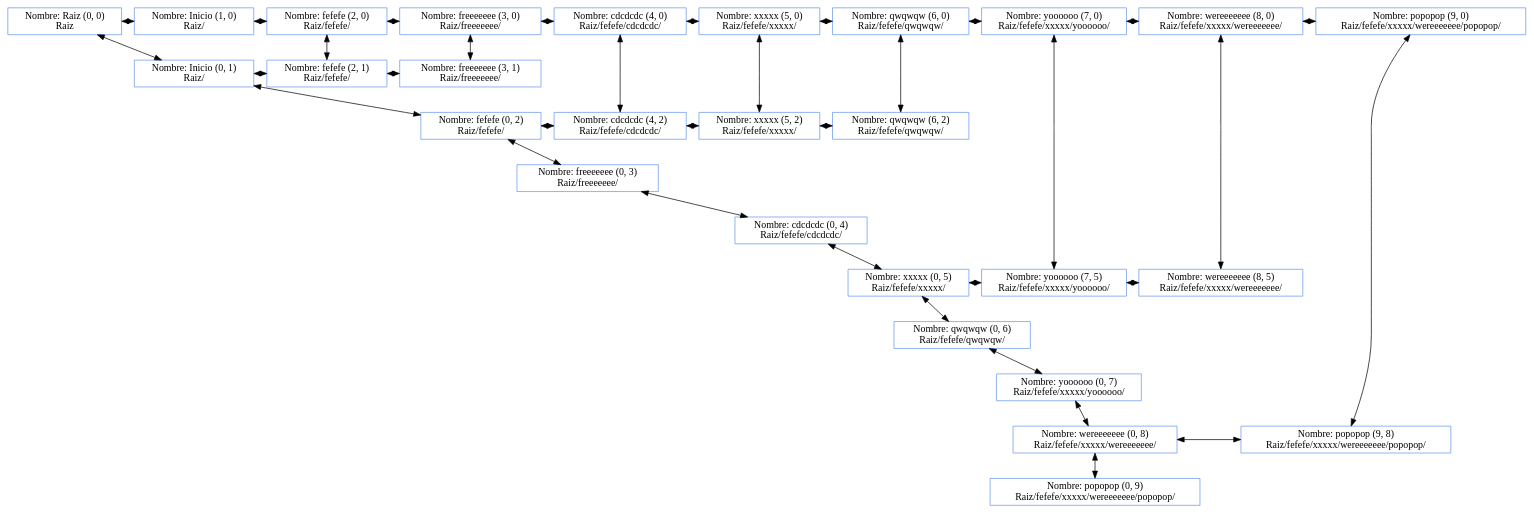
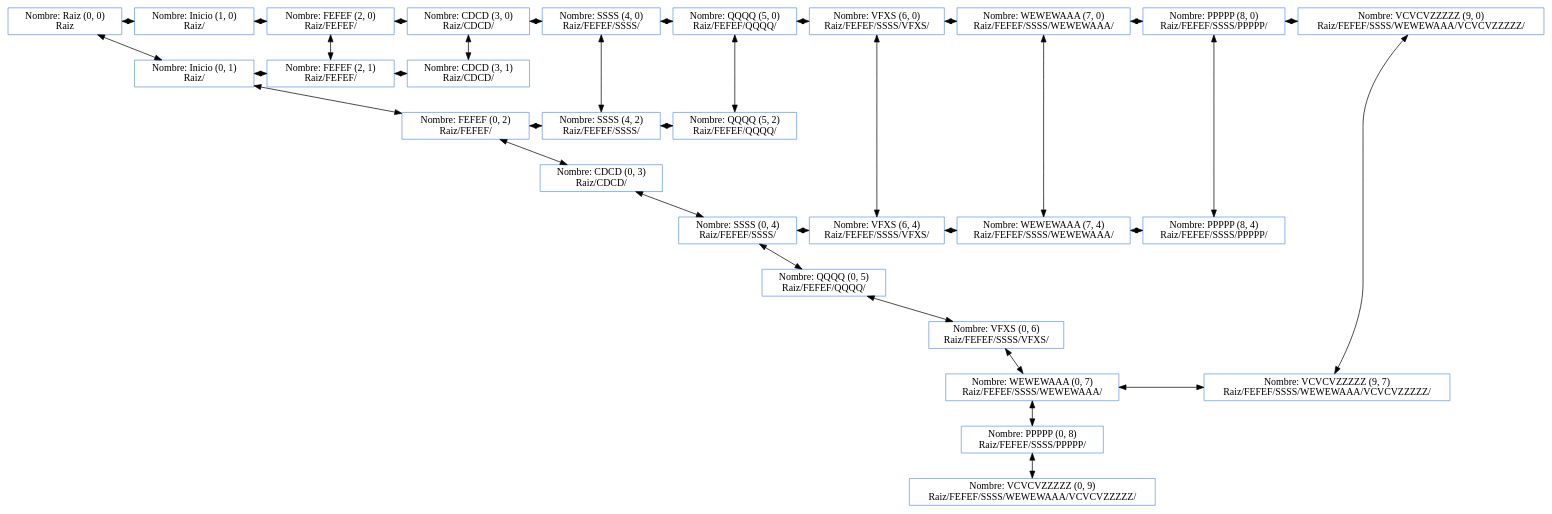
The diagram in Matriz.dot (fraced97/EDD_2S2019_PY2_201700350), drawn with Graphviz before and after one commit. The commit also changed 12 other files, not shown here.

```diff
--- a/Matriz.dot
+++ b/Matriz.dot
@@ -1,140 +1,140 @@
 digraph G {
 
 node [shape=box, color=cornflowerblue ];
 "Nombre: Raiz (0, 0) 
 Raiz"->"Nombre: Inicio (0, 1) 
 Raiz/"[dir=both];
 "Nombre: Inicio (0, 1) 
-Raiz/"->"Nombre: fefefe (0, 2) 
-Raiz/fefefe/"[dir=both];
-"Nombre: fefefe (0, 2) 
-Raiz/fefefe/"->"Nombre: freeeeeee (0, 3) 
-Raiz/freeeeeee/"[dir=both];
-"Nombre: freeeeeee (0, 3) 
-Raiz/freeeeeee/"->"Nombre: cdcdcdc (0, 4) 
-Raiz/fefefe/cdcdcdc/"[dir=both];
-"Nombre: cdcdcdc (0, 4) 
-Raiz/fefefe/cdcdcdc/"->"Nombre: xxxxx (0, 5) 
-Raiz/fefefe/xxxxx/"[dir=both];
-"Nombre: xxxxx (0, 5) 
-Raiz/fefefe/xxxxx/"->"Nombre: qwqwqw (0, 6) 
-Raiz/fefefe/qwqwqw/"[dir=both];
-"Nombre: qwqwqw (0, 6) 
-Raiz/fefefe/qwqwqw/"->"Nombre: yoooooo (0, 7) 
-Raiz/fefefe/xxxxx/yoooooo/"[dir=both];
-"Nombre: yoooooo (0, 7) 
-Raiz/fefefe/xxxxx/yoooooo/"->"Nombre: wereeeeeee (0, 8) 
-Raiz/fefefe/xxxxx/wereeeeeee/"[dir=both];
-"Nombre: wereeeeeee (0, 8) 
-Raiz/fefefe/xxxxx/wereeeeeee/"->"Nombre: popopop (0, 9) 
-Raiz/fefefe/xxxxx/wereeeeeee/popopop/"[dir=both];
-"Nombre: fefefe (2, 0) 
-Raiz/fefefe/"->"Nombre: fefefe (2, 1) 
-Raiz/fefefe/"[dir=both];
-"Nombre: freeeeeee (3, 0) 
-Raiz/freeeeeee/"->"Nombre: freeeeeee (3, 1) 
-Raiz/freeeeeee/"[dir=both];
-"Nombre: cdcdcdc (4, 0) 
-Raiz/fefefe/cdcdcdc/"->"Nombre: cdcdcdc (4, 2) 
-Raiz/fefefe/cdcdcdc/"[dir=both];
-"Nombre: xxxxx (5, 0) 
-Raiz/fefefe/xxxxx/"->"Nombre: xxxxx (5, 2) 
-Raiz/fefefe/xxxxx/"[dir=both];
-"Nombre: qwqwqw (6, 0) 
-Raiz/fefefe/qwqwqw/"->"Nombre: qwqwqw (6, 2) 
-Raiz/fefefe/qwqwqw/"[dir=both];
-"Nombre: yoooooo (7, 0) 
-Raiz/fefefe/xxxxx/yoooooo/"->"Nombre: yoooooo (7, 5) 
-Raiz/fefefe/xxxxx/yoooooo/"[dir=both];
-"Nombre: wereeeeeee (8, 0) 
-Raiz/fefefe/xxxxx/wereeeeeee/"->"Nombre: wereeeeeee (8, 5) 
-Raiz/fefefe/xxxxx/wereeeeeee/"[dir=both];
-"Nombre: popopop (9, 0) 
-Raiz/fefefe/xxxxx/wereeeeeee/popopop/"->"Nombre: popopop (9, 8) 
-Raiz/fefefe/xxxxx/wereeeeeee/popopop/"[dir=both];
+Raiz/"->"Nombre: FEFEF (0, 2) 
+Raiz/FEFEF/"[dir=both];
+"Nombre: FEFEF (0, 2) 
+Raiz/FEFEF/"->"Nombre: CDCD (0, 3) 
+Raiz/CDCD/"[dir=both];
+"Nombre: CDCD (0, 3) 
+Raiz/CDCD/"->"Nombre: SSSS (0, 4) 
+Raiz/FEFEF/SSSS/"[dir=both];
+"Nombre: SSSS (0, 4) 
+Raiz/FEFEF/SSSS/"->"Nombre: QQQQ (0, 5) 
+Raiz/FEFEF/QQQQ/"[dir=both];
+"Nombre: QQQQ (0, 5) 
+Raiz/FEFEF/QQQQ/"->"Nombre: VFXS (0, 6) 
+Raiz/FEFEF/SSSS/VFXS/"[dir=both];
+"Nombre: VFXS (0, 6) 
+Raiz/FEFEF/SSSS/VFXS/"->"Nombre: WEWEWAAA (0, 7) 
+Raiz/FEFEF/SSSS/WEWEWAAA/"[dir=both];
+"Nombre: WEWEWAAA (0, 7) 
+Raiz/FEFEF/SSSS/WEWEWAAA/"->"Nombre: PPPPP (0, 8) 
+Raiz/FEFEF/SSSS/PPPPP/"[dir=both];
+"Nombre: PPPPP (0, 8) 
+Raiz/FEFEF/SSSS/PPPPP/"->"Nombre: VCVCVZZZZZ (0, 9) 
+Raiz/FEFEF/SSSS/WEWEWAAA/VCVCVZZZZZ/"[dir=both];
+"Nombre: FEFEF (2, 0) 
+Raiz/FEFEF/"->"Nombre: FEFEF (2, 1) 
+Raiz/FEFEF/"[dir=both];
+"Nombre: CDCD (3, 0) 
+Raiz/CDCD/"->"Nombre: CDCD (3, 1) 
+Raiz/CDCD/"[dir=both];
+"Nombre: SSSS (4, 0) 
+Raiz/FEFEF/SSSS/"->"Nombre: SSSS (4, 2) 
+Raiz/FEFEF/SSSS/"[dir=both];
+"Nombre: QQQQ (5, 0) 
+Raiz/FEFEF/QQQQ/"->"Nombre: QQQQ (5, 2) 
+Raiz/FEFEF/QQQQ/"[dir=both];
+"Nombre: VFXS (6, 0) 
+Raiz/FEFEF/SSSS/VFXS/"->"Nombre: VFXS (6, 4) 
+Raiz/FEFEF/SSSS/VFXS/"[dir=both];
+"Nombre: WEWEWAAA (7, 0) 
+Raiz/FEFEF/SSSS/WEWEWAAA/"->"Nombre: WEWEWAAA (7, 4) 
+Raiz/FEFEF/SSSS/WEWEWAAA/"[dir=both];
+"Nombre: PPPPP (8, 0) 
+Raiz/FEFEF/SSSS/PPPPP/"->"Nombre: PPPPP (8, 4) 
+Raiz/FEFEF/SSSS/PPPPP/"[dir=both];
+"Nombre: VCVCVZZZZZ (9, 0) 
+Raiz/FEFEF/SSSS/WEWEWAAA/VCVCVZZZZZ/"->"Nombre: VCVCVZZZZZ (9, 7) 
+Raiz/FEFEF/SSSS/WEWEWAAA/VCVCVZZZZZ/"[dir=both];
 rank=same{
 "Nombre: Raiz (0, 0) 
 Raiz"->"Nombre: Inicio (1, 0) 
 Raiz/"[dir=both];
 }
 rank=same{
 "Nombre: Inicio (1, 0) 
-Raiz/"->"Nombre: fefefe (2, 0) 
-Raiz/fefefe/"[dir=both];
+Raiz/"->"Nombre: FEFEF (2, 0) 
+Raiz/FEFEF/"[dir=both];
 }
 rank=same{
-"Nombre: fefefe (2, 0) 
-Raiz/fefefe/"->"Nombre: freeeeeee (3, 0) 
-Raiz/freeeeeee/"[dir=both];
+"Nombre: FEFEF (2, 0) 
+Raiz/FEFEF/"->"Nombre: CDCD (3, 0) 
+Raiz/CDCD/"[dir=both];
 }
 rank=same{
-"Nombre: freeeeeee (3, 0) 
-Raiz/freeeeeee/"->"Nombre: cdcdcdc (4, 0) 
-Raiz/fefefe/cdcdcdc/"[dir=both];
+"Nombre: CDCD (3, 0) 
+Raiz/CDCD/"->"Nombre: SSSS (4, 0) 
+Raiz/FEFEF/SSSS/"[dir=both];
 }
 rank=same{
-"Nombre: cdcdcdc (4, 0) 
-Raiz/fefefe/cdcdcdc/"->"Nombre: xxxxx (5, 0) 
-Raiz/fefefe/xxxxx/"[dir=both];
+"Nombre: SSSS (4, 0) 
+Raiz/FEFEF/SSSS/"->"Nombre: QQQQ (5, 0) 
+Raiz/FEFEF/QQQQ/"[dir=both];
 }
 rank=same{
-"Nombre: xxxxx (5, 0) 
-Raiz/fefefe/xxxxx/"->"Nombre: qwqwqw (6, 0) 
-Raiz/fefefe/qwqwqw/"[dir=both];
+"Nombre: QQQQ (5, 0) 
+Raiz/FEFEF/QQQQ/"->"Nombre: VFXS (6, 0) 
+Raiz/FEFEF/SSSS/VFXS/"[dir=both];
 }
 rank=same{
-"Nombre: qwqwqw (6, 0) 
-Raiz/fefefe/qwqwqw/"->"Nombre: yoooooo (7, 0) 
-Raiz/fefefe/xxxxx/yoooooo/"[dir=both];
+"Nombre: VFXS (6, 0) 
+Raiz/FEFEF/SSSS/VFXS/"->"Nombre: WEWEWAAA (7, 0) 
+Raiz/FEFEF/SSSS/WEWEWAAA/"[dir=both];
 }
 rank=same{
-"Nombre: yoooooo (7, 0) 
-Raiz/fefefe/xxxxx/yoooooo/"->"Nombre: wereeeeeee (8, 0) 
-Raiz/fefefe/xxxxx/wereeeeeee/"[dir=both];
+"Nombre: WEWEWAAA (7, 0) 
+Raiz/FEFEF/SSSS/WEWEWAAA/"->"Nombre: PPPPP (8, 0) 
+Raiz/FEFEF/SSSS/PPPPP/"[dir=both];
 }
 rank=same{
-"Nombre: wereeeeeee (8, 0) 
-Raiz/fefefe/xxxxx/wereeeeeee/"->"Nombre: popopop (9, 0) 
-Raiz/fefefe/xxxxx/wereeeeeee/popopop/"[dir=both];
+"Nombre: PPPPP (8, 0) 
+Raiz/FEFEF/SSSS/PPPPP/"->"Nombre: VCVCVZZZZZ (9, 0) 
+Raiz/FEFEF/SSSS/WEWEWAAA/VCVCVZZZZZ/"[dir=both];
 }
 rank=same{
 "Nombre: Inicio (0, 1) 
-Raiz/"->"Nombre: fefefe (2, 1) 
-Raiz/fefefe/"[dir=both];
+Raiz/"->"Nombre: FEFEF (2, 1) 
+Raiz/FEFEF/"[dir=both];
 }
 rank=same{
-"Nombre: fefefe (2, 1) 
-Raiz/fefefe/"->"Nombre: freeeeeee (3, 1) 
-Raiz/freeeeeee/"[dir=both];
+"Nombre: FEFEF (2, 1) 
+Raiz/FEFEF/"->"Nombre: CDCD (3, 1) 
+Raiz/CDCD/"[dir=both];
 }
 rank=same{
-"Nombre: fefefe (0, 2) 
-Raiz/fefefe/"->"Nombre: cdcdcdc (4, 2) 
-Raiz/fefefe/cdcdcdc/"[dir=both];
+"Nombre: FEFEF (0, 2) 
+Raiz/FEFEF/"->"Nombre: SSSS (4, 2) 
+Raiz/FEFEF/SSSS/"[dir=both];
 }
 rank=same{
-"Nombre: cdcdcdc (4, 2) 
-Raiz/fefefe/cdcdcdc/"->"Nombre: xxxxx (5, 2) 
-Raiz/fefefe/xxxxx/"[dir=both];
+"Nombre: SSSS (4, 2) 
+Raiz/FEFEF/SSSS/"->"Nombre: QQQQ (5, 2) 
+Raiz/FEFEF/QQQQ/"[dir=both];
 }
 rank=same{
-"Nombre: xxxxx (5, 2) 
-Raiz/fefefe/xxxxx/"->"Nombre: qwqwqw (6, 2) 
-Raiz/fefefe/qwqwqw/"[dir=both];
+"Nombre: SSSS (0, 4) 
+Raiz/FEFEF/SSSS/"->"Nombre: VFXS (6, 4) 
+Raiz/FEFEF/SSSS/VFXS/"[dir=both];
 }
 rank=same{
-"Nombre: xxxxx (0, 5) 
-Raiz/fefefe/xxxxx/"->"Nombre: yoooooo (7, 5) 
-Raiz/fefefe/xxxxx/yoooooo/"[dir=both];
+"Nombre: VFXS (6, 4) 
+Raiz/FEFEF/SSSS/VFXS/"->"Nombre: WEWEWAAA (7, 4) 
+Raiz/FEFEF/SSSS/WEWEWAAA/"[dir=both];
 }
 rank=same{
-"Nombre: yoooooo (7, 5) 
-Raiz/fefefe/xxxxx/yoooooo/"->"Nombre: wereeeeeee (8, 5) 
-Raiz/fefefe/xxxxx/wereeeeeee/"[dir=both];
+"Nombre: WEWEWAAA (7, 4) 
+Raiz/FEFEF/SSSS/WEWEWAAA/"->"Nombre: PPPPP (8, 4) 
+Raiz/FEFEF/SSSS/PPPPP/"[dir=both];
 }
 rank=same{
-"Nombre: wereeeeeee (0, 8) 
-Raiz/fefefe/xxxxx/wereeeeeee/"->"Nombre: popopop (9, 8) 
-Raiz/fefefe/xxxxx/wereeeeeee/popopop/"[dir=both];
+"Nombre: WEWEWAAA (0, 7) 
+Raiz/FEFEF/SSSS/WEWEWAAA/"->"Nombre: VCVCVZZZZZ (9, 7) 
+Raiz/FEFEF/SSSS/WEWEWAAA/VCVCVZZZZZ/"[dir=both];
 }
 }
```
